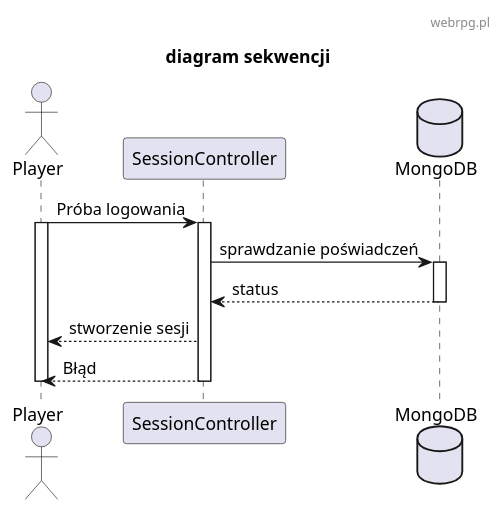
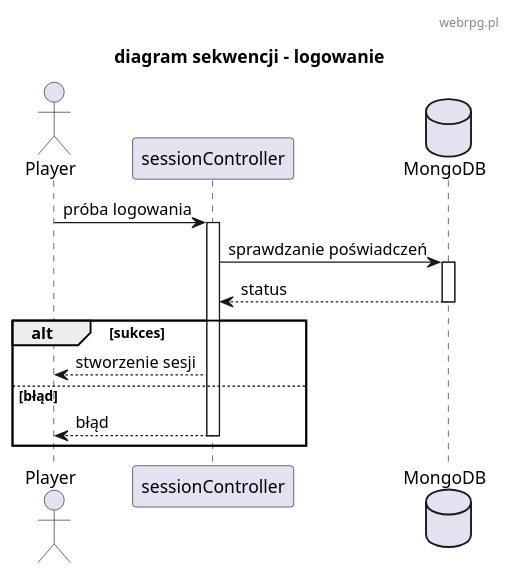
Before and after one commit to TheVivent-Politechnika-Lodzka/io_webrpg: the diagram in diagrams/diagram_sekwencji.plantuml, drawn with PlantUML. The commit also changed 2 other files, not shown here.

Commit message:
diagramy sekwencji done

```diff
--- a/diagrams/diagram_sekwencji.plantuml
+++ b/diagrams/diagram_sekwencji.plantuml
@@ -1,91 +1,95 @@
 @startuml
 skinparam defaultFontName "Comic Sans MS"
 header webrpg.pl
-title "diagram sekwencji"
+title "diagram sekwencji - logowanie"
 
 actor Player
-participant SessionController
+participant "sessionController" as SessionController 
 database MongoDB as db
 
 
-Player -> SessionController : Próba logowania
-activate Player
+Player -> SessionController : próba logowania
+
 activate SessionController
 SessionController -> db : sprawdzanie poświadczeń
 activate db
 
 db --> SessionController : status
 deactivate db
-SessionController --> Player : stworzenie sesji
-SessionController --> Player : Błąd
-deactivate SessionController
-deactivate Player
+
+alt sukces
+    SessionController --> Player : stworzenie sesji
+
+else błąd
+    SessionController --> Player : błąd
+    deactivate SessionController
+    end
 
 
 
 
 
 ' participant Controller
 ' participant View 
 ' participant Model
 ' participant Data
 ' database database as db
 
 'czy view komunikuje się z kontrolerem, czy player
 ' player -> Controller : dane logowania
 ' activate player
 ' View --> player : odczyt
 ' deactivate player
 ' activate View
 
 ' Controller -> Model : logowanie
 ' activate Model
 ' Model --> View : wyświetl
 ' deactivate Model
 ' deactivate View
 
 ' Model -> Data :  wyszukanie
 ' activate Data
 ' Data --> Model : odpowiedź
 ' deactivate Data
 
 ' Data -> db : zapytanie
 ' activate db
 ' db --> Data : odpowiedź
 ' deactivate db
 
 
 
 
 
 ' player -> Controller : dane logowania
 ' activate player
 ' activate Controller
 
 ' Controller -> Model : logowanie
 ' deactivate Controller
 ' activate Model
 
 ' Model -> Data :  wyszukanie
 ' activate Data
 
 ' Data -> db : zapytanie
 ' activate db
 ' db --> Data : odpowiedź
 ' deactivate db
 
 ' Data --> Model : odpowiedź
 ' deactivate Data
 
 ' Model --> View : wyświetl
 ' deactivate Model
 ' activate View
 
 ' View --> player : odczyt
 ' deactivate View
 ' deactivate player
 
 
 
 
 @enduml
```
